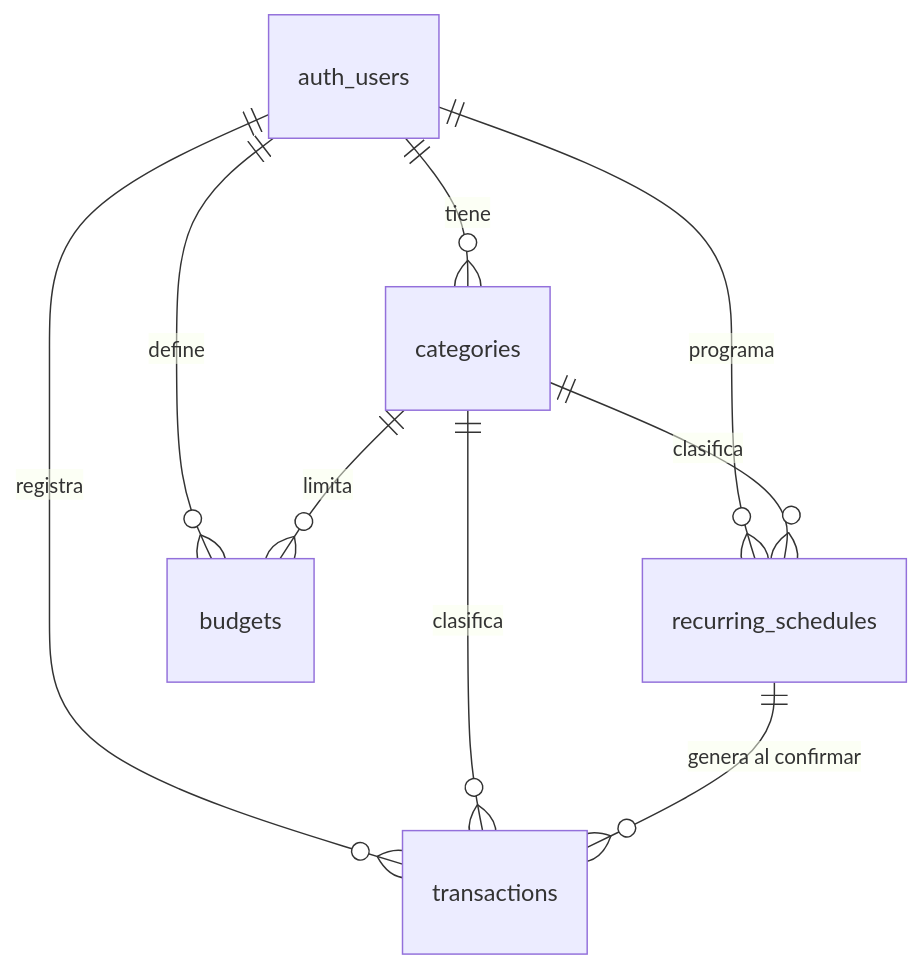
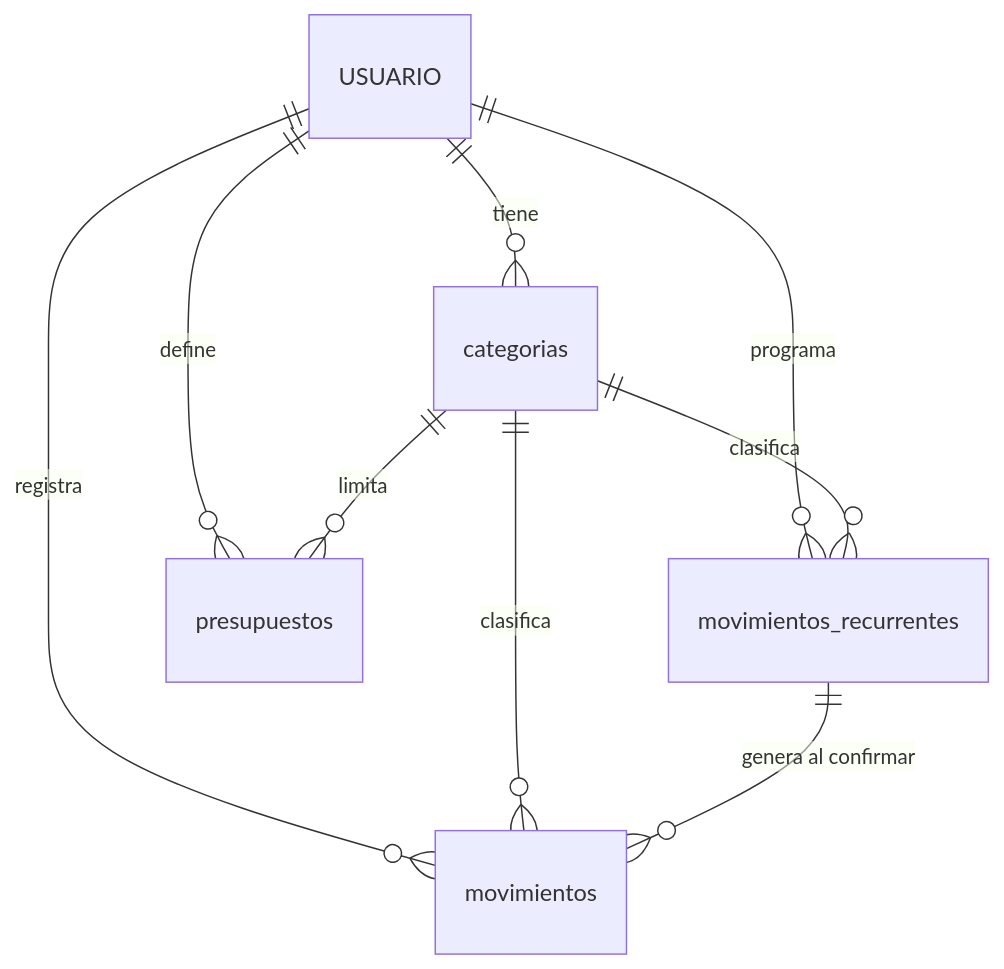
One commit to jcsantos-g/finanzas-app changed the diagram in docs/database.md. Above: the diagram before and after it, drawn with Mermaid. The commit also changed other lines of this file and 14 other files, not shown here.

````diff
--- a/docs/database.md
+++ b/docs/database.md
@@ -21,11 +48,11 @@
 ```mermaid
 erDiagram
-  auth_users ||--o{ categories : "tiene"
-  auth_users ||--o{ transactions : "registra"
-  auth_users ||--o{ recurring_schedules : "programa"
-  auth_users ||--o{ budgets : "define"
-  categories ||--o{ transactions : "clasifica"
-  categories ||--o{ recurring_schedules : "clasifica"
-  categories ||--o{ budgets : "limita"
-  recurring_schedules ||--o{ transactions : "genera al confirmar"
+  USUARIO ||--o{ categorias : "tiene"
+  USUARIO ||--o{ movimientos : "registra"
+  USUARIO ||--o{ movimientos_recurrentes : "programa"
+  USUARIO ||--o{ presupuestos : "define"
+  categorias ||--o{ movimientos : "clasifica"
+  categorias ||--o{ movimientos_recurrentes : "clasifica"
+  categorias ||--o{ presupuestos : "limita"
+  movimientos_recurrentes ||--o{ movimientos : "genera al confirmar"
 ```
````
